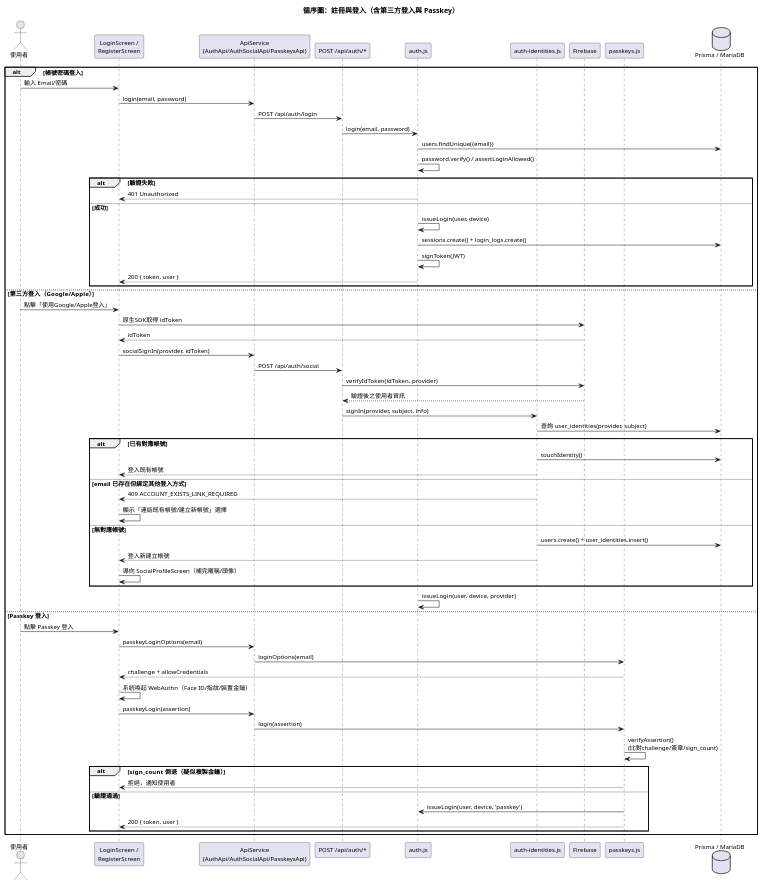
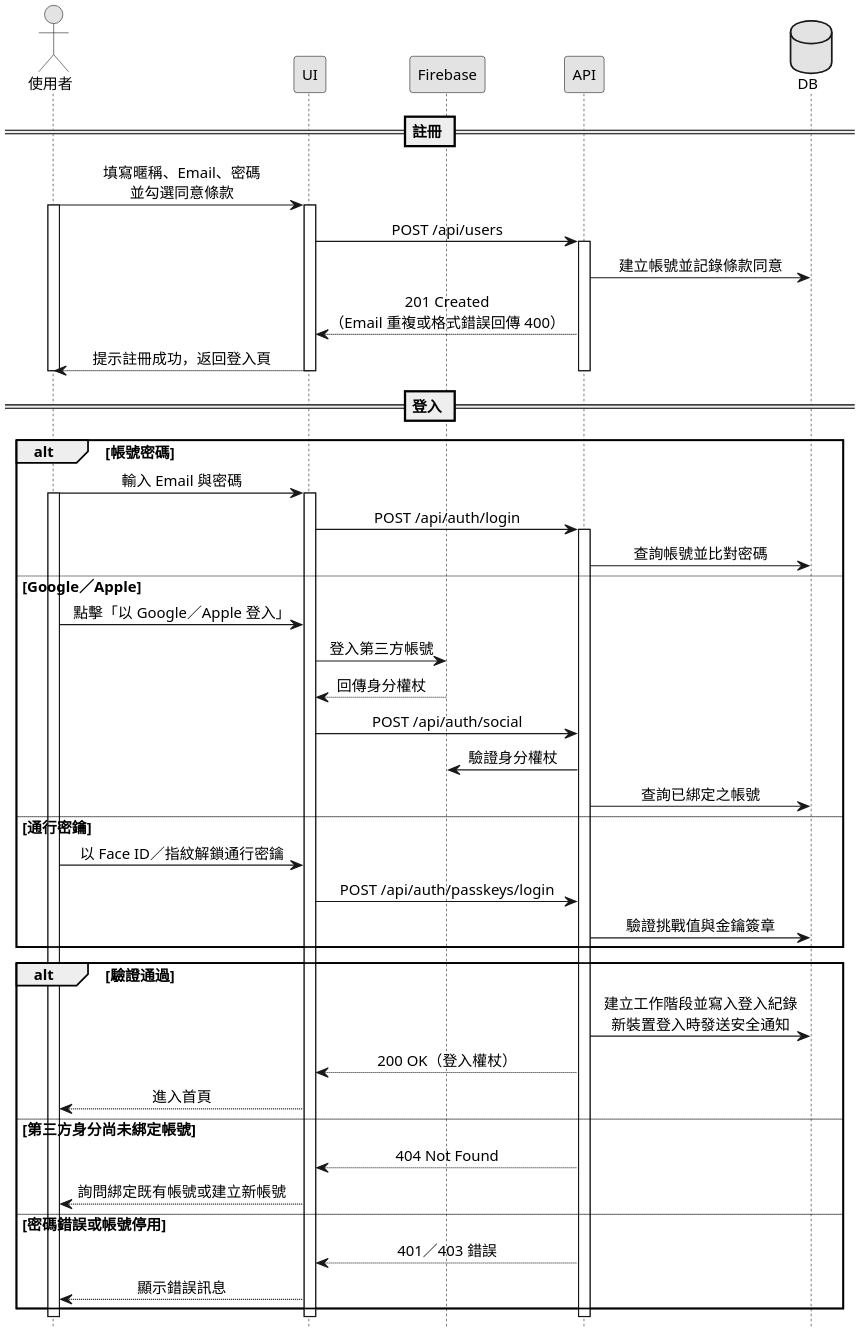
One commit to SaveMyBook/SaveMyBook changed the diagram in Diagrams/Sequence Diagrams/v3/seq_auth.puml. Above: the diagram before and after it, drawn with PlantUML. The commit also changed 268 other files, not shown here.

```diff
--- a/Diagrams/Sequence Diagrams/v3/seq_auth.puml
+++ b/Diagrams/Sequence Diagrams/v3/seq_auth.puml
@@ -1,72 +1,65 @@
 @startuml
-!pragma layout smetana
-skinparam defaultFontName "Microsoft JhengHei"
-skinparam defaultFontSize 12
-title 循序圖：註冊與登入（含第三方登入與 Passkey）
+skinparam monochrome true
+skinparam shadowing false
+skinparam dpi 220
+skinparam defaultFontName "PingFang TC"
+skinparam defaultFontSize 13
+skinparam sequenceMessageAlign center
+skinparam ParticipantPadding 18
+hide footbox
 
-actor 使用者 as User
-participant "LoginScreen /\nRegisterScreen" as UI
-participant "ApiService\n(AuthApi/AuthSocialApi/PasskeysApi)" as ApiSvc
-participant "POST /api/auth/*" as Route
-participant "auth.js" as AuthSvc
-participant "auth-identities.js" as IdentitySvc
-participant "Firebase" as Firebase
-participant "passkeys.js" as PasskeySvc
-database "Prisma / MariaDB" as DB
+actor 使用者
+participant UI
+participant Firebase
+participant API
+database DB
 
-alt 帳號密碼登入
-  User -> UI : 輸入 Email/密碼
-  UI -> ApiSvc : login(email, password)
-  ApiSvc -> Route : POST /api/auth/login
-  Route -> AuthSvc : login(email, password)
-  AuthSvc -> DB : users.findUnique({email})
-  AuthSvc -> AuthSvc : password.verify() / assertLoginAllowed()
-  alt 驗證失敗
-    AuthSvc --> UI : 401 Unauthorized
-  else 成功
-    AuthSvc -> AuthSvc : issueLogin(user, device)
-    AuthSvc -> DB : sessions.create() + login_logs.create()
-    AuthSvc -> AuthSvc : signToken(JWT)
-    AuthSvc --> UI : 200 { token, user }
-  end
+== 註冊 ==
+使用者 -> UI : 填寫暱稱、Email、密碼\n並勾選同意條款
+activate 使用者
+activate UI
+UI -> API : POST /api/users
+activate API
+API -> DB : 建立帳號並記錄條款同意
+API --> UI : 201 Created\n（Email 重複或格式錯誤回傳 400）
+UI --> 使用者 : 提示註冊成功，返回登入頁
+deactivate API
+deactivate UI
+deactivate 使用者
 
-else 第三方登入（Google/Apple）
-  User -> UI : 點擊「使用Google/Apple登入」
-  UI -> Firebase : 原生SDK取得 idToken
-  Firebase --> UI : idToken
-  UI -> ApiSvc : socialSignIn(provider, idToken)
-  ApiSvc -> Route : POST /api/auth/social
-  Route -> Firebase : verifyIdToken(idToken, provider)
-  Firebase --> Route : 驗證後之使用者資訊
-  Route -> IdentitySvc : signIn(provider, subject, info)
-  IdentitySvc -> DB : 查詢 user_identities(provider, subject)
-  alt 已有對應帳號
-    IdentitySvc -> DB : touchIdentity()
-    IdentitySvc --> UI : 登入既有帳號
-  else email 已存在但綁定其他登入方式
-    IdentitySvc --> UI : 409 ACCOUNT_EXISTS_LINK_REQUIRED
-    UI -> UI : 顯示「連結既有帳號/建立新帳號」選擇
-  else 無對應帳號
-    IdentitySvc -> DB : users.create() + user_identities.insert()
-    IdentitySvc --> UI : 登入新建立帳號
-    UI -> UI : 導向 SocialProfileScreen（補完暱稱/頭像）
-  end
-  AuthSvc -> AuthSvc : issueLogin(user, device, provider)
+== 登入 ==
+alt 帳號密碼
+  使用者 -> UI : 輸入 Email 與密碼
+  activate 使用者
+  activate UI
+  UI -> API : POST /api/auth/login
+  activate API
+  API -> DB : 查詢帳號並比對密碼
+else Google／Apple
+  使用者 -> UI : 點擊「以 Google／Apple 登入」
+  UI -> Firebase : 登入第三方帳號
+  Firebase --> UI : 回傳身分權杖
+  UI -> API : POST /api/auth/social
+  API -> Firebase : 驗證身分權杖
+  API -> DB : 查詢已綁定之帳號
+else 通行密鑰
+  使用者 -> UI : 以 Face ID／指紋解鎖通行密鑰
+  UI -> API : POST /api/auth/passkeys/login
+  API -> DB : 驗證挑戰值與金鑰簽章
+end
 
-else Passkey 登入
-  User -> UI : 點擊 Passkey 登入
-  UI -> ApiSvc : passkeyLoginOptions(email)
-  ApiSvc -> PasskeySvc : loginOptions(email)
-  PasskeySvc --> UI : challenge + allowCredentials
-  UI -> UI : 系統喚起 WebAuthn（Face ID/指紋/裝置金鑰）
-  UI -> ApiSvc : passkeyLogin(assertion)
-  ApiSvc -> PasskeySvc : login(assertion)
-  PasskeySvc -> PasskeySvc : verifyAssertion()\n(比對challenge/簽章/sign_count)
-  alt sign_count 倒退（疑似複製金鑰）
-    PasskeySvc --> UI : 拒絕，通知使用者
-  else 驗證通過
-    PasskeySvc -> AuthSvc : issueLogin(user, device, 'passkey')
-    PasskeySvc --> UI : 200 { token, user }
-  end
+alt 驗證通過
+  API -> DB : 建立工作階段並寫入登入紀錄\n新裝置登入時發送安全通知
+  API --> UI : 200 OK（登入權杖）
+  UI --> 使用者 : 進入首頁
+else 第三方身分尚未綁定帳號
+  API --> UI : 404 Not Found
+  UI --> 使用者 : 詢問綁定既有帳號或建立新帳號
+else 密碼錯誤或帳號停用
+  API --> UI : 401／403 錯誤
+  UI --> 使用者 : 顯示錯誤訊息
 end
+deactivate API
+deactivate UI
+deactivate 使用者
 @enduml
```
